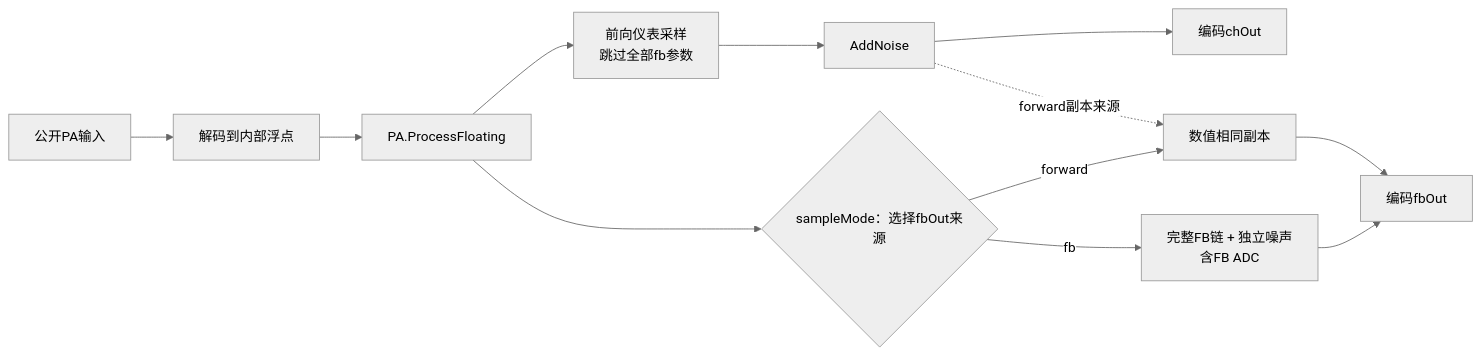
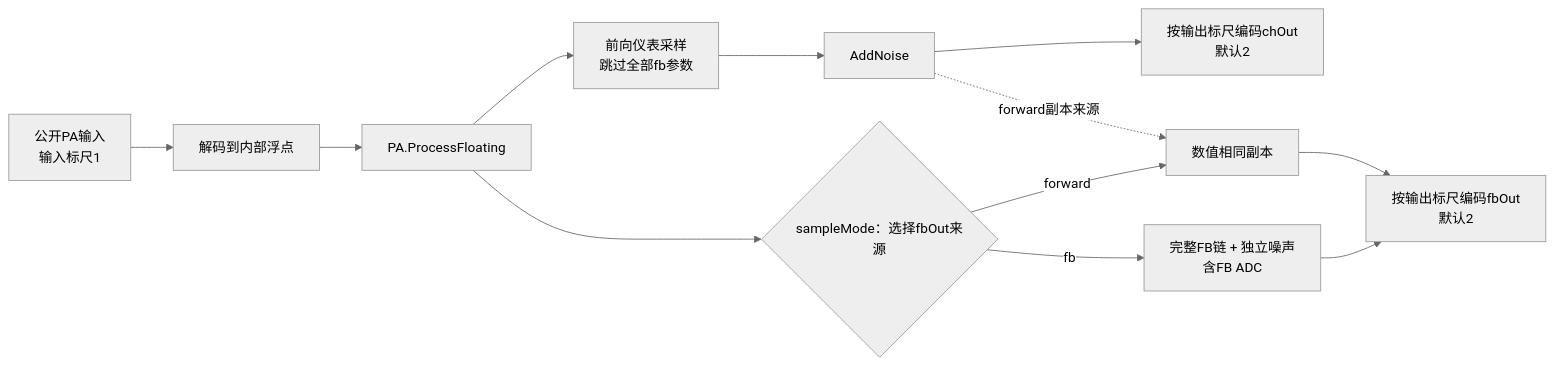
One commit to niyilu45/DPD_ILC changed the seventh of 9 diagrams in doc/Channel.md. Above: the diagram before and after it, drawn with Mermaid (neutral theme). The commit also changed other lines of this file and 45 other files, not shown here.

````diff
--- a/doc/Channel.md
+++ b/doc/Channel.md
@@ -2178,14 +2189,14 @@
 ```mermaid
 flowchart LR
-    publicInput["公开PA输入"] --> decode["解码到内部浮点"]
+    publicInput["公开PA输入<br/>输入标尺1"] --> decode["解码到内部浮点"]
     decode --> pa["PA.ProcessFloating"]
     pa --> forward["前向仪表采样<br/>跳过全部fb参数"]
     forward --> noise["AddNoise"]
-    noise --> encodeCh["编码chOut"]
+    noise --> encodeCh["按输出标尺编码chOut<br/>默认2"]
     pa --> sampleMode{"sampleMode：选择fbOut来源"}
     sampleMode -->|forward| copy["数值相同副本"]
     sampleMode -->|fb| feedback["完整FB链 + 独立噪声<br/>含FB ADC"]
     noise -. "forward副本来源" .-> copy
-    copy --> encodeFb["编码fbOut"]
+    copy --> encodeFb["按输出标尺编码fbOut<br/>默认2"]
     feedback --> encodeFb
 ```
````
